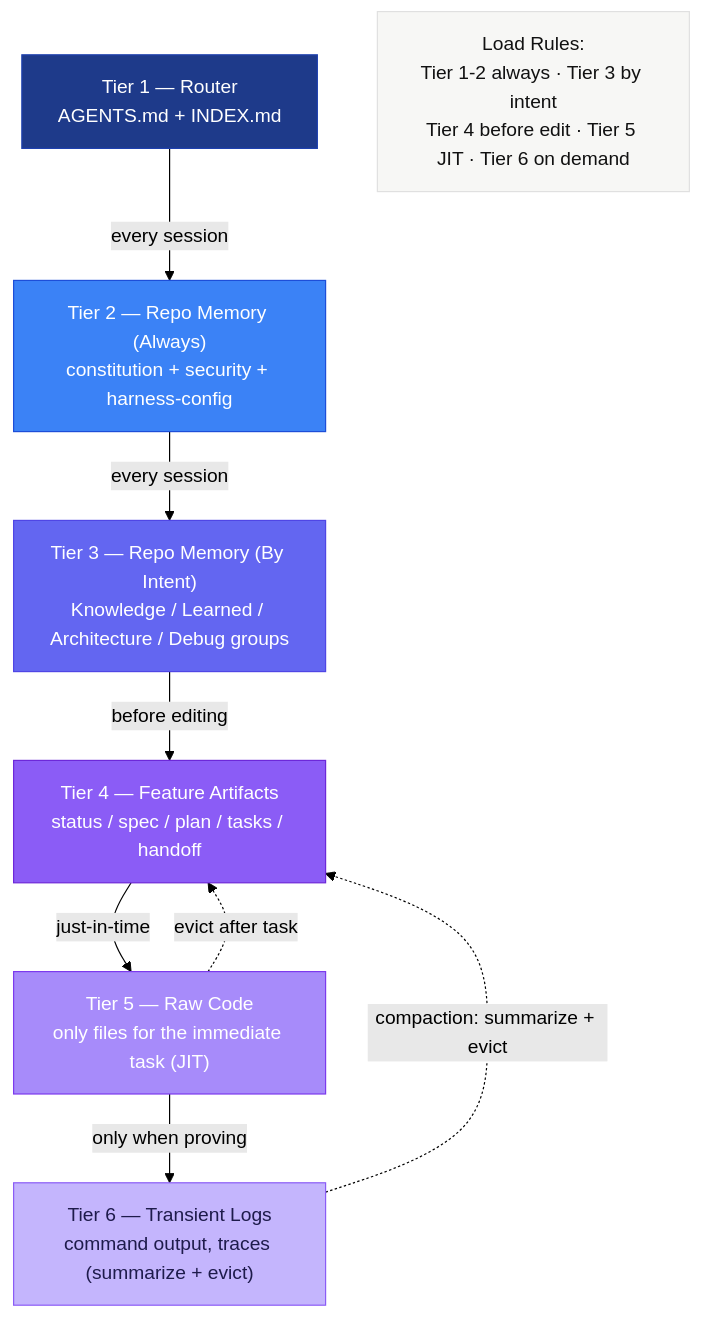
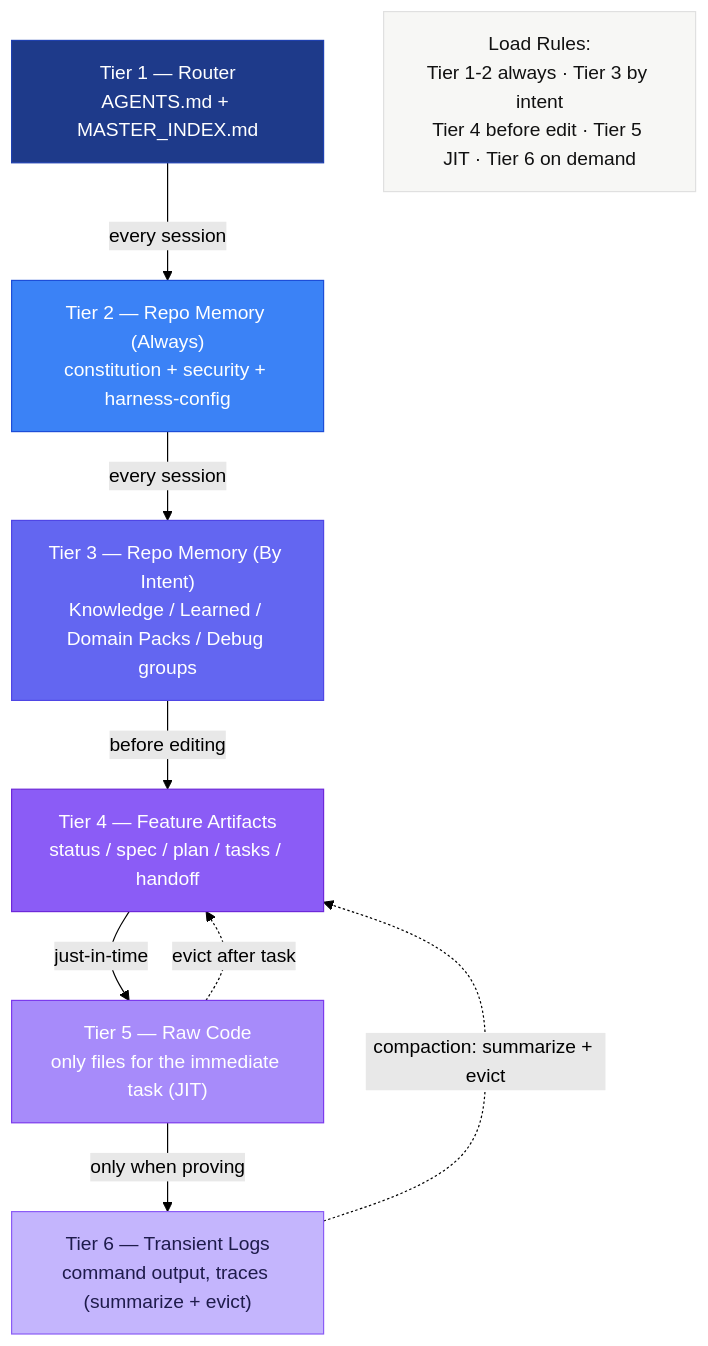
Before and after one commit to thaihai-swe/CoreZero-Nexus: the first of 7 diagrams in documents/context-memory.md, drawn with Mermaid (forest theme). The commit also changed other lines of this file and 51 other files, not shown here.

````diff
--- a/documents/context-memory.md
+++ b/documents/context-memory.md
@@ -56,30 +55,30 @@
 ```mermaid
 flowchart TB
     %% 6-Tier Context Assembly — highest signal to lowest
 
-    T1["Tier 1 — Router<br/>AGENTS.md + INDEX.md"]:::t1
+    T1["Tier 1 — Router<br/>AGENTS.md + MASTER_INDEX.md"]:::t1
     T2["Tier 2 — Repo Memory (Always)<br/>constitution + security + harness-config"]:::t2
-    T3["Tier 3 — Repo Memory (By Intent)<br/>Knowledge / Learned / Architecture / Debug groups"]:::t3
+    T3["Tier 3 — Repo Memory (By Intent)<br/>Knowledge / Learned / Domain Packs / Debug groups"]:::t3
     T4["Tier 4 — Feature Artifacts<br/>status / spec / plan / tasks / handoff"]:::t4
     T5["Tier 5 — Raw Code<br/>only files for the immediate task (JIT)"]:::t5
     T6["Tier 6 — Transient Logs<br/>command output, traces (summarize + evict)"]:::t6
 
     T1 -->|every session| T2
     T2 -->|every session| T3
     T3 -->|before editing| T4
     T4 -->|just-in-time| T5
     T5 -->|only when proving| T6
 
     T6 -.->|compaction: summarize + evict| T4
     T5 -.->|evict after task| T4
 
     LOAD["Load Rules:<br/>Tier 1-2 always · Tier 3 by intent<br/>Tier 4 before edit · Tier 5 JIT · Tier 6 on demand"]:::note
 
     classDef t1 fill:#1e3a8a,stroke:#1e40af,color:#fff
     classDef t2 fill:#3b82f6,stroke:#1d4ed8,color:#fff
     classDef t3 fill:#6366f1,stroke:#4f46e5,color:#fff
     classDef t4 fill:#8b5cf6,stroke:#6d28d9,color:#fff
     classDef t5 fill:#a78bfa,stroke:#7c3aed,color:#fff
     classDef t6 fill:#c4b5fd,stroke:#8b5cf6,color:#1e1b4b
     classDef note fill:#f7f7f5,stroke:#e0e0e0,color:#111
 ```
````
